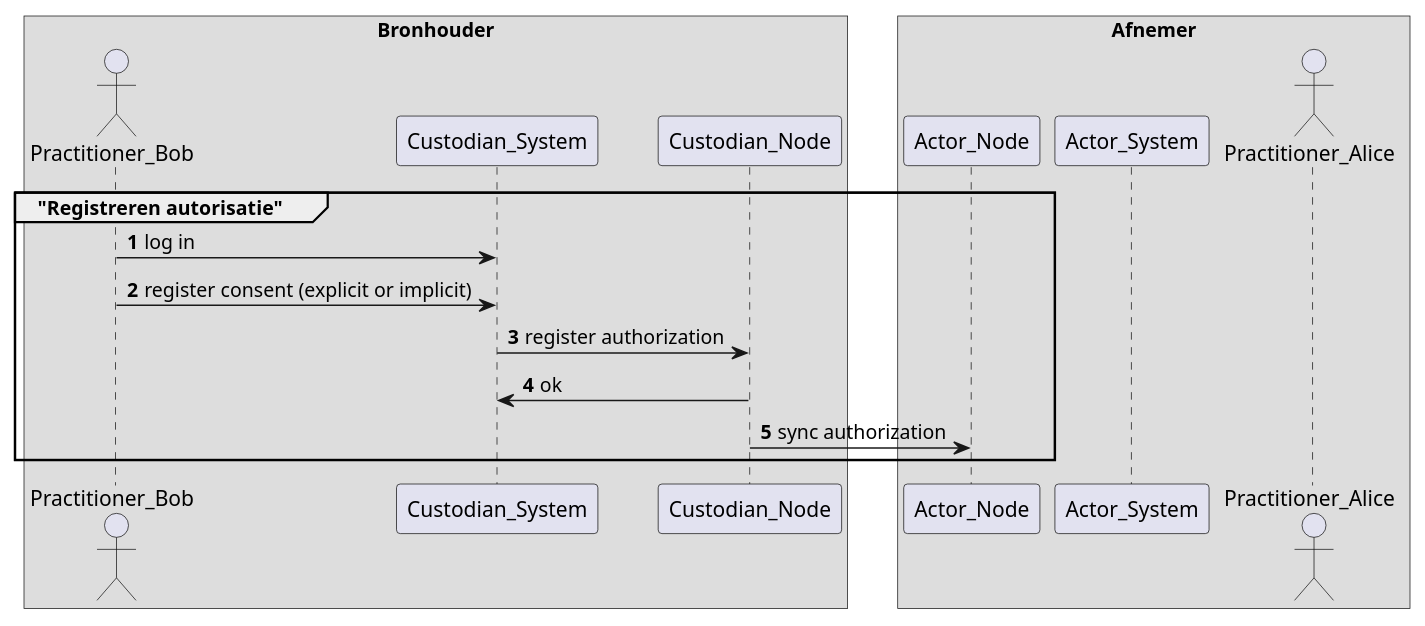
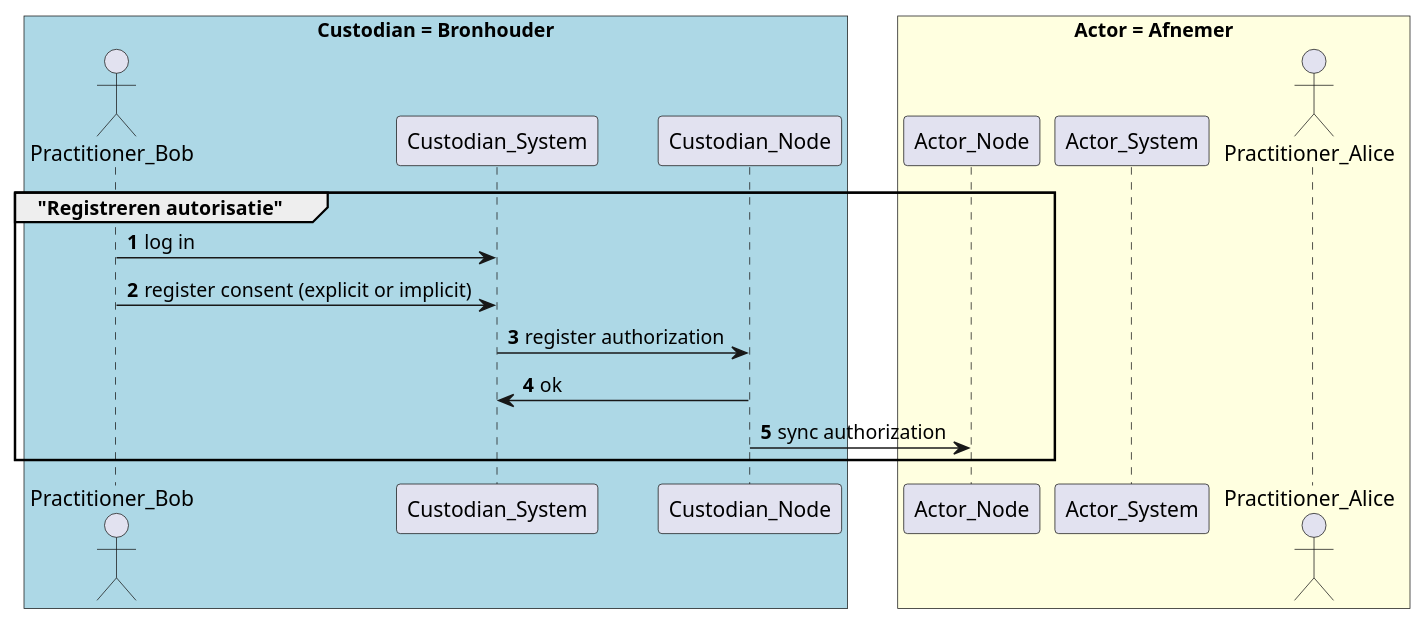
Before and after one commit to jorritspee/plantuml-zorginzage-babyconnect: the diagram in zorginzage-publiceren.puml, drawn with PlantUML.

```diff
--- a/zorginzage-publiceren.puml
+++ b/zorginzage-publiceren.puml
@@ -1,22 +1,22 @@
 @startuml
 autonumber
-box "Bronhouder"
+box "Custodian = Bronhouder" #lightblue
 actor Practitioner_Bob
 participant Custodian_System
 participant Custodian_Node
 end box
 
-box "Afnemer"
+box "Actor = Afnemer" #lightyellow
 participant Actor_Node
 participant Actor_System
 actor Practitioner_Alice
 end box
 
 group "Registreren autorisatie"
   Practitioner_Bob -> Custodian_System : log in
   Practitioner_Bob -> Custodian_System : register consent (explicit or implicit)
   Custodian_System -> Custodian_Node : register authorization
   Custodian_System <- Custodian_Node : ok
   Custodian_Node -> Actor_Node : sync authorization
 end group
 @enduml
```
